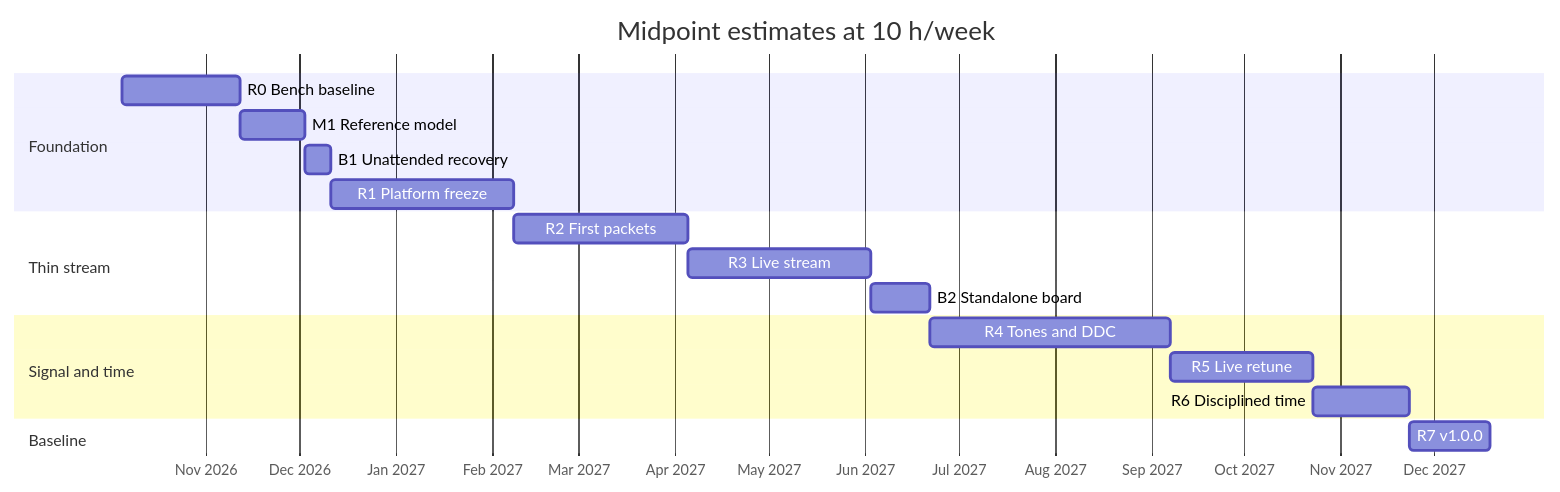
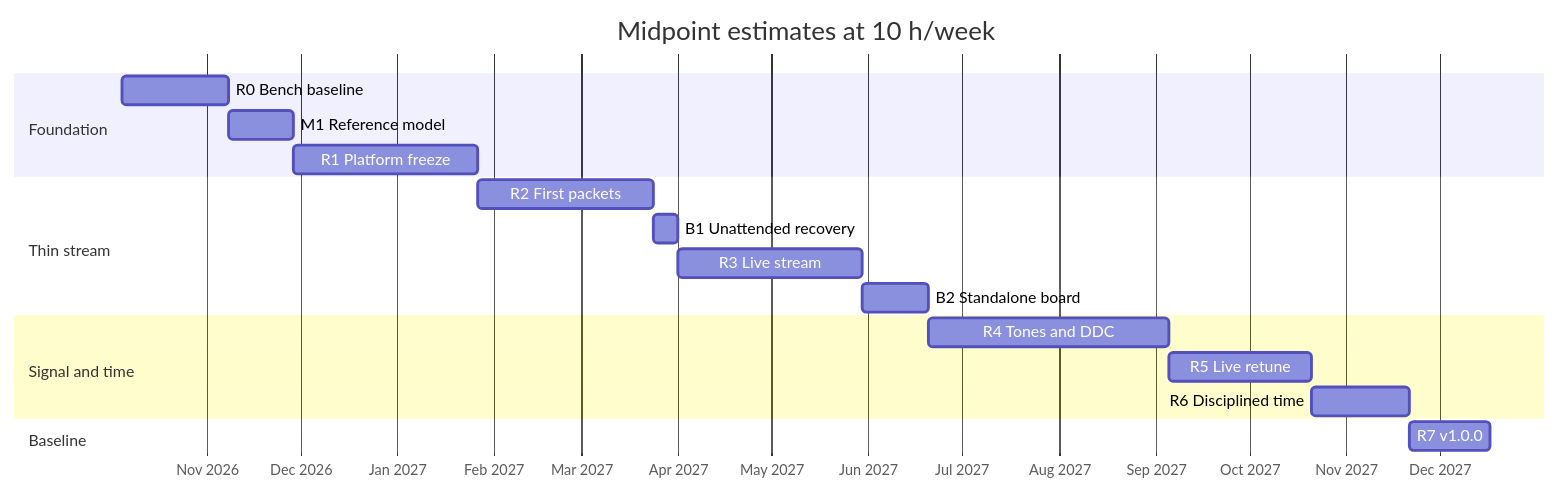
One commit to JosueOrtiz-fpga/mpsoc-network-server changed the first of 2 diagrams in hw/development_plan.md. Above: the diagram before and after it, drawn with Mermaid. The commit also changed other lines of this file, not shown here.

````diff
--- a/hw/development_plan.md
+++ b/hw/development_plan.md
@@ -84,21 +84,21 @@
 ```mermaid
 gantt
   title Midpoint estimates at 10 h/week
   dateFormat YYYY-MM-DD
   axisFormat %b %Y
   section Foundation
-  R0 Bench baseline           :r0, 2026-10-05, 38d
+  R0 Bench baseline           :r0, 2026-10-05, 34d
   M1 Reference model          :m1, after r0, 21d
-  B1 Unattended recovery      :b1, after m1, 8d
-  R1 Platform freeze          :r1, after b1, 59d
+  R1 Platform freeze          :r1, after m1, 59d
   section Thin stream
   R2 First packets            :r2, after r1, 56d
-  R3 Live stream              :r3, after r2, 59d
-  B2 Standalone board         :b2, after r3, 19d
+  B1 Unattended recovery      :b1, after r2, 8d
+  R3 Live stream              :r3, after b1, 59d
+  B2 Standalone board         :b2, after r3, 21d
   section Signal and time
   R4 Tones and DDC            :r4, after b2, 77d
   R5 Live retune              :r5, after r4, 46d
   R6 Disciplined time         :r6, after r5, 31d
   section Baseline
   R7 v1.0.0                   :r7, after r6, 26d
 ```
````
